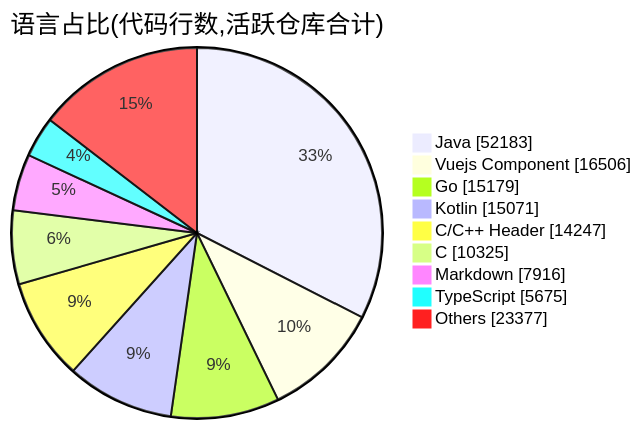
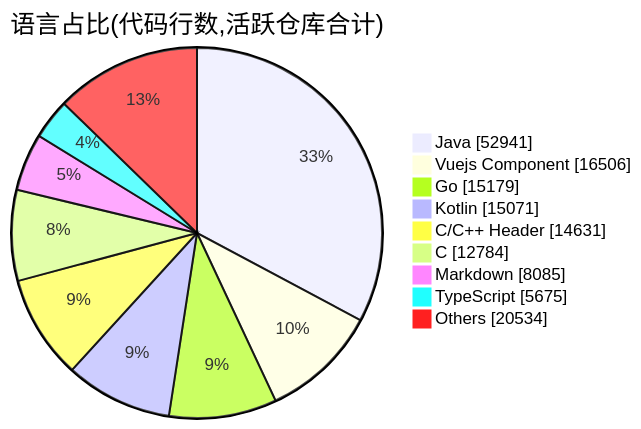
Before and after one commit to Conflux-Union/.github: the second of 2 diagrams in profile/README.md, drawn with Mermaid. The commit also changed other lines of this file and 1 other file, not shown here.

````diff
--- a/profile/README.md
+++ b/profile/README.md
@@ -74,13 +74,13 @@
 ```mermaid
 pie showData
     title 语言占比(代码行数,活跃仓库合计)
-    "Java" : 52183
+    "Java" : 52941
     "Vuejs Component" : 16506
     "Go" : 15179
     "Kotlin" : 15071
-    "C/C++ Header" : 14247
-    "C" : 10325
-    "Markdown" : 7916
+    "C/C++ Header" : 14631
+    "C" : 12784
+    "Markdown" : 8085
     "TypeScript" : 5675
-    "Others" : 23377
+    "Others" : 20534
 ```
````
